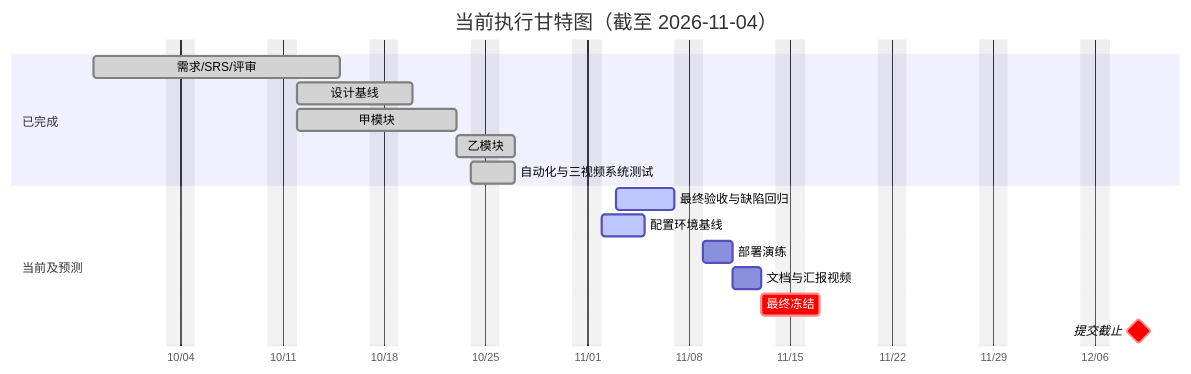
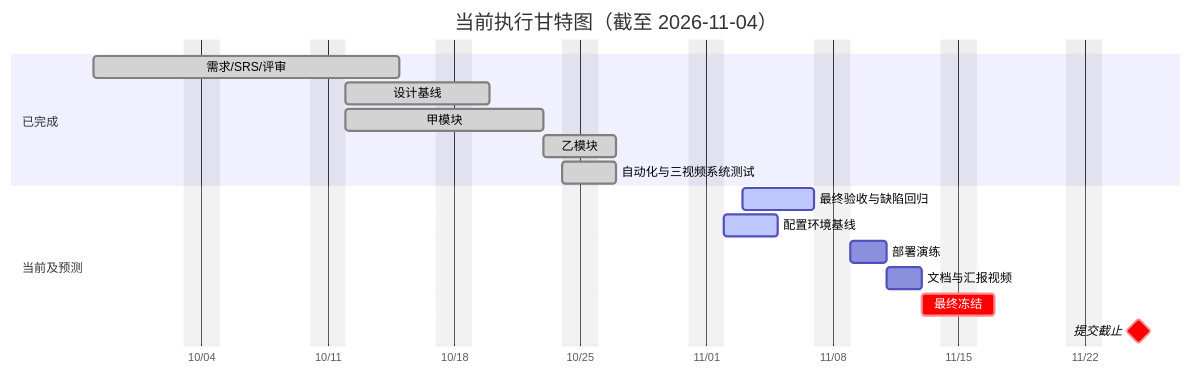
One commit to Copter1988/pm-knowledge-base changed the diagram in 天平校验视频分析项目/管理文档/进度管理/进度跟踪记录.md. Above: the diagram before and after it, drawn with Mermaid. The commit also changed other lines of this file and 20 other files, not shown here.

````diff
--- a/天平校验视频分析项目/管理文档/进度管理/进度跟踪记录.md
+++ b/天平校验视频分析项目/管理文档/进度管理/进度跟踪记录.md
@@ -89,21 +89,21 @@
 ```mermaid
 gantt
     title 当前执行甘特图（截至 2026-11-04）
     dateFormat  YYYY-MM-DD
     axisFormat  %m/%d
     excludes    weekends
 
     section 已完成
     需求/SRS/评审          :done, a, 2026-09-28, 13d
     设计基线               :done, b, 2026-10-12, 6d
     甲模块                 :done, c1, 2026-10-12, 9d
     乙模块                 :done, c2, 2026-10-23, 2d
     自动化与三视频系统测试 :done, d, 2026-10-24, 2d
     section 当前及预测
     最终验收与缺陷回归     :active, d4, 2026-11-03, 4d
     配置环境基线           :active, e0, 2026-11-02, 3d
     部署演练               :e1, 2026-11-09, 2d
     文档与汇报视频         :e2, 2026-11-11, 2d
     最终冻结               :crit, e3, 2026-11-13, 2d
-    提交截止               :milestone, crit, m7, 2026-12-09, 0d
+    提交截止               :milestone, crit, m7, 2026-11-25, 0d
 ```
````
